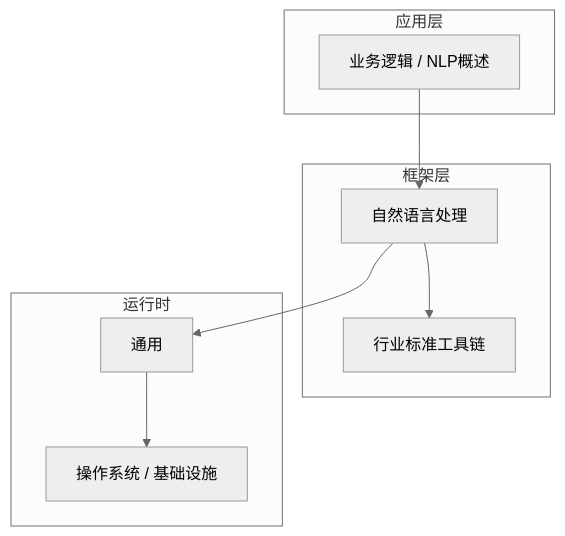
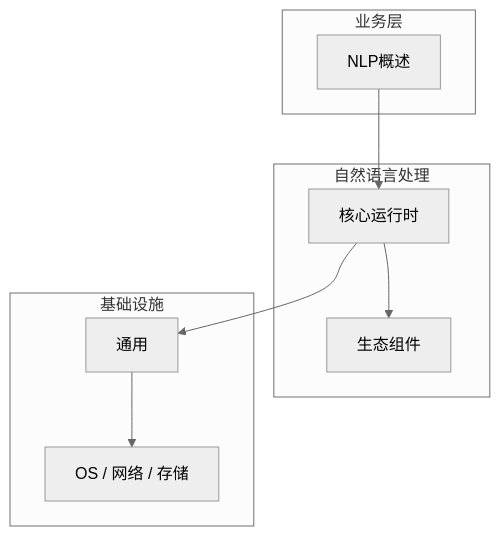
Before and after one commit to yanggan2015/knowledge-json-v2: the diagram in articles/自然语言处理/chapters/001-NLP概述核心概念与原理.md, drawn with Mermaid (neutral theme). The commit also changed other lines of this file and 10127 other files, not shown here.

````diff
--- a/articles/自然语言处理/chapters/001-NLP概述核心概念与原理.md
+++ b/articles/自然语言处理/chapters/001-NLP概述核心概念与原理.md
@@ -45,18 +30,18 @@
 ```mermaid
 graph TB
-    subgraph 应用层
-        A[业务逻辑 / NLP概述]
+    subgraph 业务层
+        A[NLP概述]
     end
-    subgraph 框架层
-        B[自然语言处理]
-        C[行业标准工具链]
+    subgraph 自然语言处理
+        B[核心运行时]
+        C[生态组件]
     end
-    subgraph 运行时
+    subgraph 基础设施
         D[通用]
-        E[操作系统 / 基础设施]
+        E[OS / 网络 / 存储]
     end
     A --> B
     B --> C
     B --> D
     D --> E
 ```
````
